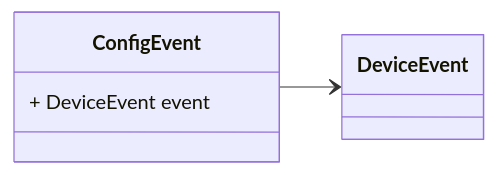
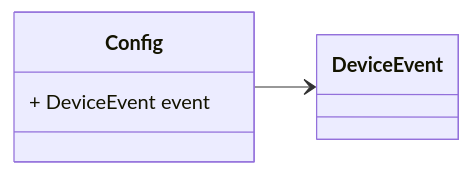
One commit to zaphiro-technologies/protobuf changed the sixth of 8 diagrams in docs/device_event.proto.md. Above: the diagram before and after it, drawn with Mermaid. The commit also changed other lines of this file and 2 other files, not shown here.

First line of the commit message:
Remove `Event` from the name of `DeviceEvent` subclasses (#37)

````diff
--- a/docs/device_event.proto.md
+++ b/docs/device_event.proto.md
@@ -110,12 +110,12 @@
 ```mermaid
 classDiagram
 direction LR
 
 %% 
 
-class ConfigEvent {
+class Config {
   + DeviceEvent event
 }
-ConfigEvent --> `DeviceEvent`
+Config --> `DeviceEvent`
 
 ```
````
